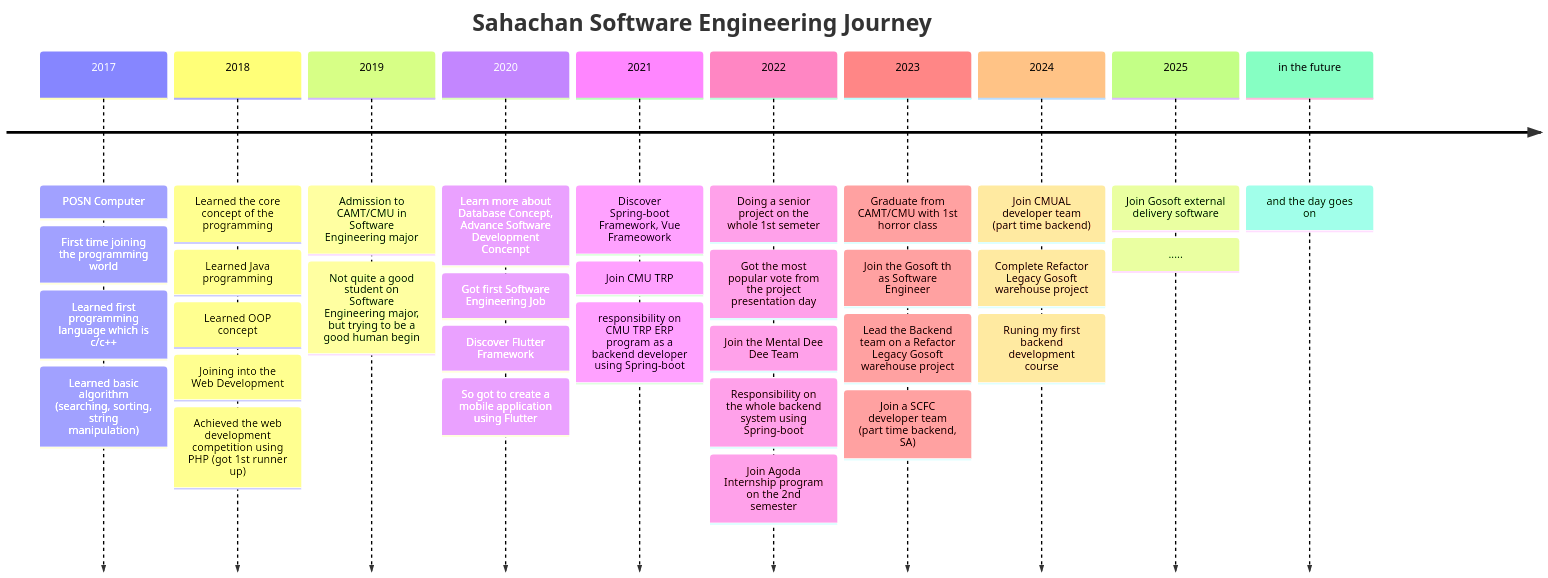
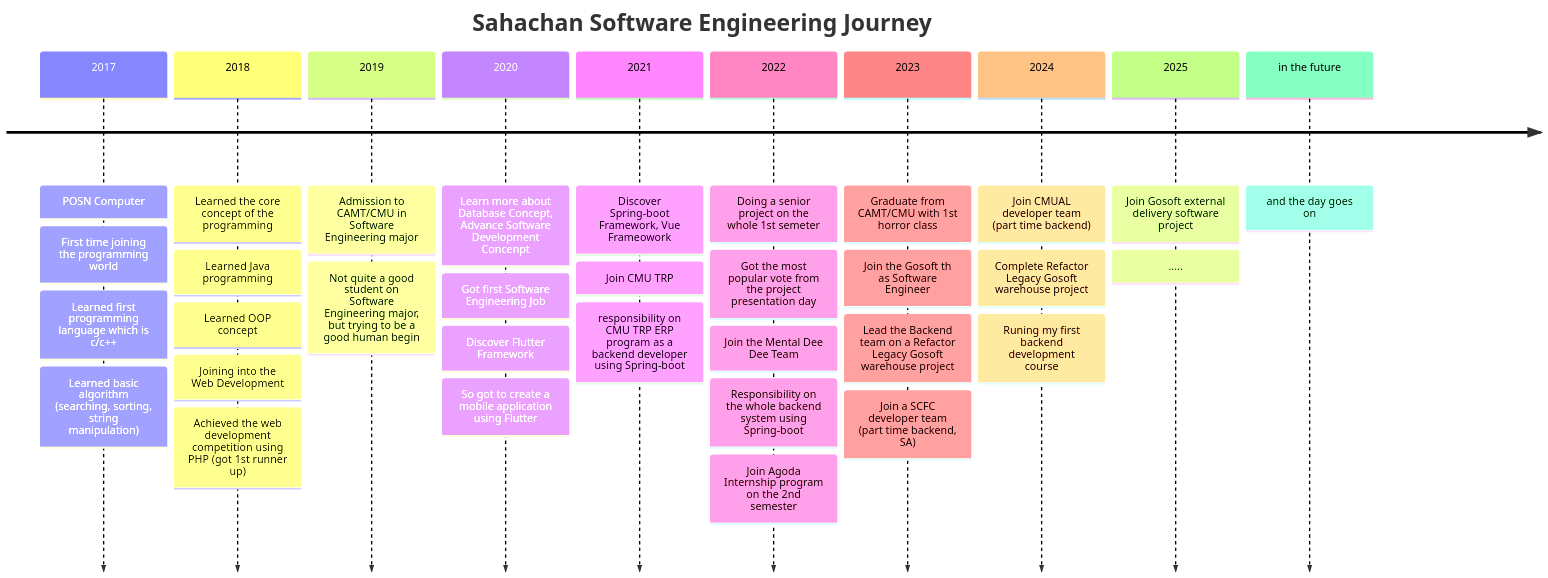
Before and after one commit to oat431/oat431: the diagram in README.md, drawn with Mermaid.

Commit message:
test: new laptop

````diff
--- a/README.md
+++ b/README.md
@@ -63,37 +63,37 @@
 ```mermaid
 timeline
     title Sahachan Software Engineering Journey
     2017 : POSN Computer
          : First time joining the programming world
          : Learned first programming language which is c/c++
          : Learned basic algorithm (searching, sorting, string manipulation)
     2018 : Learned the core concept of the programming
          : Learned Java programming
          : Learned OOP concept
          : Joining into the Web Development
          : Achieved the web development competition using PHP (got 1st runner up)
     2019 : Admission to CAMT/CMU in Software Engineering major
          : Not quite a good student on Software Engineering major, but trying to be a good human begin
     2020 : Learn more about Database Concept, Advance Software Development Concenpt
          : Got first Software Engineering Job
          : Discover Flutter Framework
          : So got to create a mobile application using Flutter
     2021 : Discover Spring-boot Framework, Vue Frameowork
          : Join CMU TRP
          : responsibility on CMU TRP ERP program as a backend developer using Spring-boot
     2022 : Doing a senior project on the whole 1st semeter
          : Got the most popular vote from the project presentation day
          : Join the Mental Dee Dee Team
          : Responsibility on the whole backend system using Spring-boot
          : Join Agoda Internship program on the 2nd semester
     2023 : Graduate from CAMT/CMU with 1st horror class
          : Join the Gosoft th as Software Engineer
          : Lead the Backend team on a Refactor Legacy Gosoft warehouse project
          : Join a SCFC developer team (part time backend, SA)
     2024 : Join CMUAL developer team (part time backend)
          : Complete Refactor Legacy Gosoft warehouse project
          : Runing my first backend development course
-    2025 : Join Gosoft external delivery software
+    2025 : Join Gosoft external delivery software project
          : .....
     in the future : and the day goes on
 ```
````
